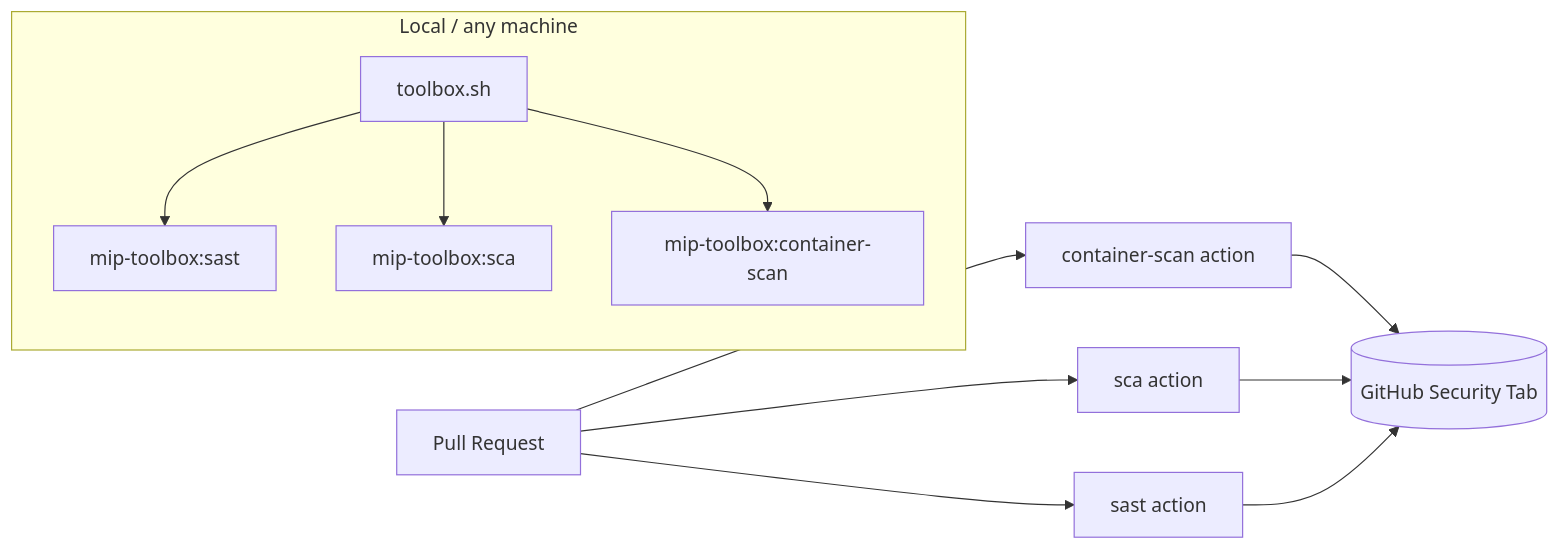
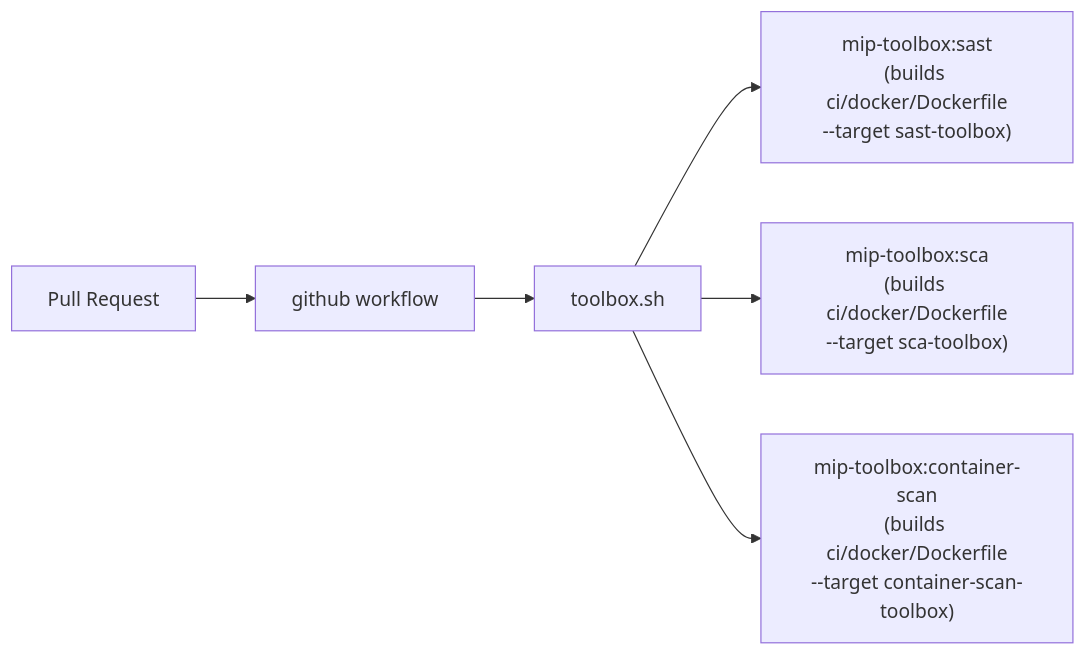
Before and after one commit to moghit-eou/DevSecOps-CI-pipelines: the diagram in README.md, drawn with Mermaid. The commit also changed other lines of this file, not shown here.

````diff
--- a/README.md
+++ b/README.md
@@ -71,12 +84,8 @@
 ```mermaid
 flowchart LR
-    PR["Pull Request"] --> CS["container-scan action"] --> SEC[("GitHub Security Tab")]
-    PR --> SCA["sca action"] --> SEC
-    PR --> SAST["sast action"] --> SEC
-
-    subgraph Local["Local / any machine"]
-      TB["toolbox.sh"] --> IMG1["mip-toolbox:sast"]
-      TB --> IMG2["mip-toolbox:sca"]
-      TB --> IMG3["mip-toolbox:container-scan"]
-    end
+    PR["Pull Request"] --> WF["github workflow"]
+    WF --> TB["toolbox.sh"]
+    TB --> IMG1["mip-toolbox:sast\n(builds ci/docker/Dockerfile\n--target sast-toolbox)"]
+    TB --> IMG2["mip-toolbox:sca\n(builds ci/docker/Dockerfile\n--target sca-toolbox)"]
+    TB --> IMG3["mip-toolbox:container-scan\n(builds ci/docker/Dockerfile\n--target container-scan-toolbox)"]
 ```
````
